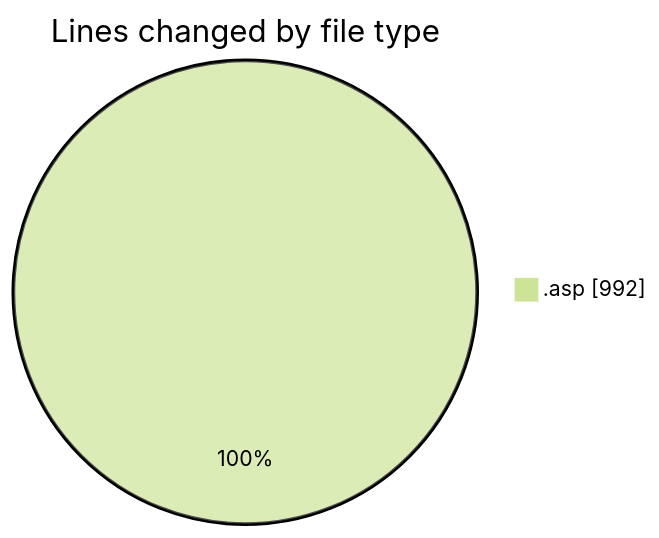
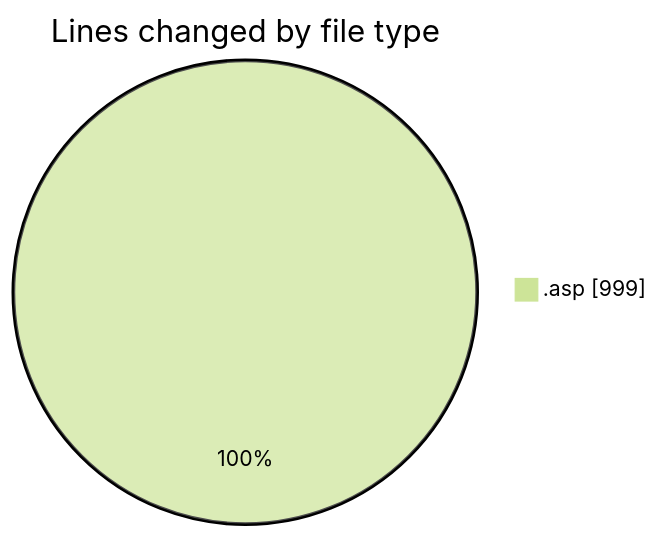
Before and after one commit to julien-gomy/code-tracking: the first of 2 diagrams in 2025-10-22/cdp_aleoudev_fr__workspace_/README.md, drawn with Mermaid (forest theme). The commit also changed other lines of this file and 1 other file, not shown here.

````diff
--- a/2025-10-22/cdp_aleoudev_fr__workspace_/README.md
+++ b/2025-10-22/cdp_aleoudev_fr__workspace_/README.md
@@ -21,5 +21,5 @@
 ```mermaid
 pie showData
 title Lines changed by file type
-".asp" : 992
+".asp" : 999
 ```
````
